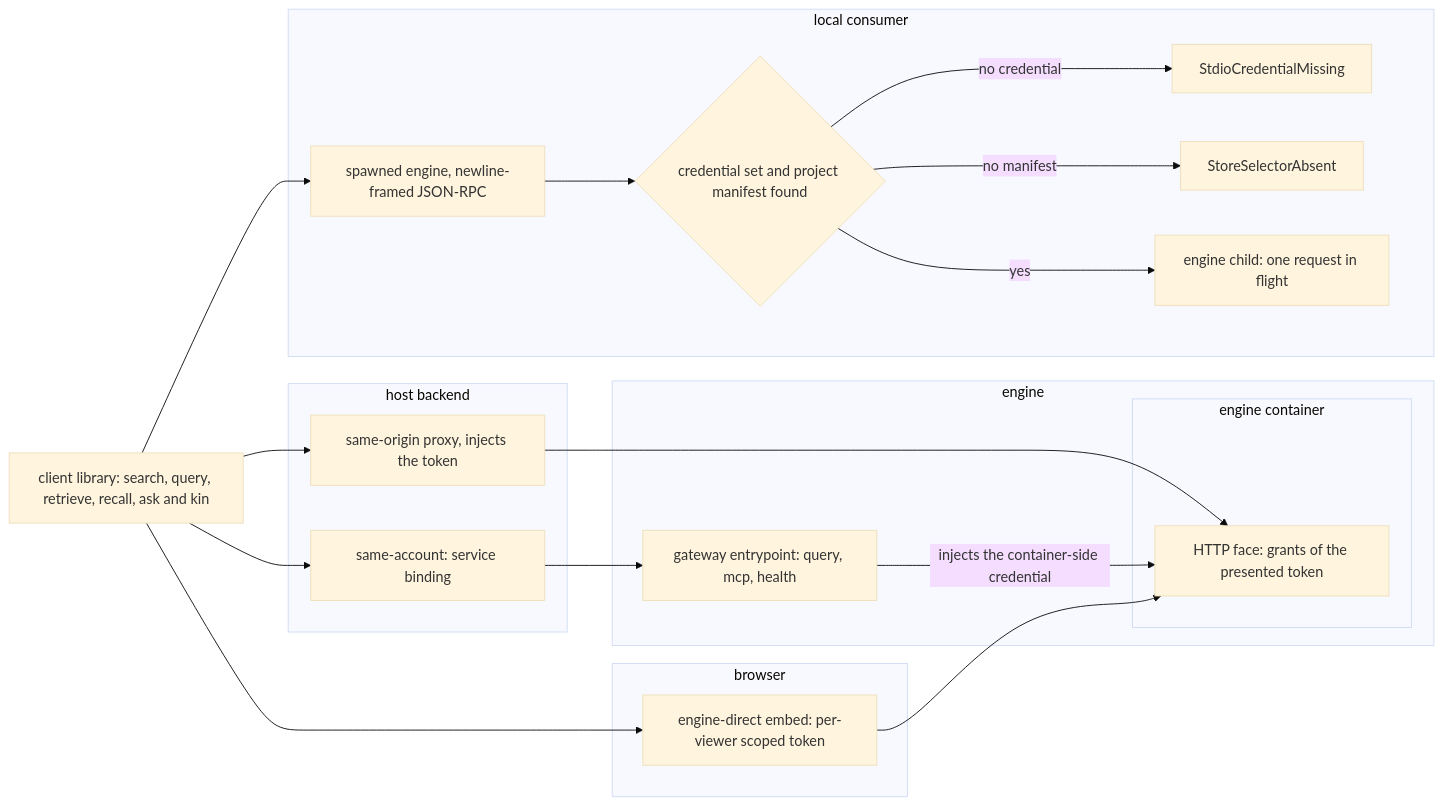
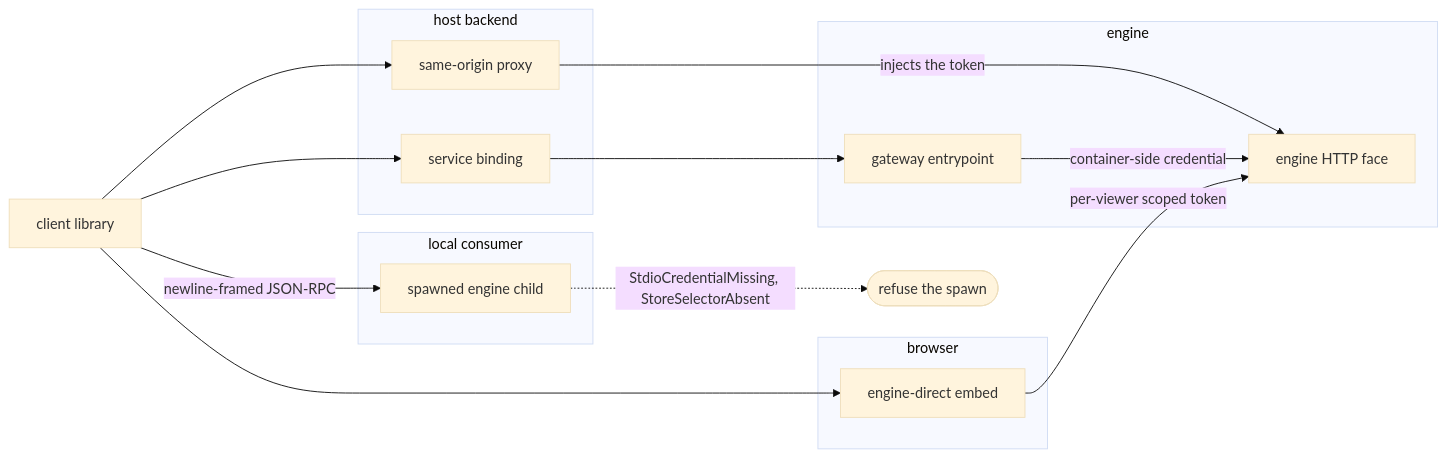
The second of 5 diagrams in spec/71-console.md (fractalboxdev/contextful), drawn with Mermaid (base theme) before and after one commit. The commit also changed other lines of this file and 24 other files, not shown here.

First line of the commit message:
spec: every flowchart draws one entity or process per node

````diff
--- a/spec/71-console.md
+++ b/spec/71-console.md
@@ -99,36 +99,27 @@
 ```mermaid
 flowchart LR
-  LIB["client library: search, query, retrieve, recall, ask and kin"]
+  LIB["client library"]
   subgraph host["host backend"]
-    S1["same-origin proxy, injects the token"]
-    S2["same-account: service binding"]
+    S1["same-origin proxy"]
+    S2["service binding"]
   end
   subgraph browser["browser"]
-    S3["engine-direct embed: per-viewer scoped token"]
+    S3["engine-direct embed"]
   end
   subgraph local["local consumer"]
-    S4["spawned engine, newline-framed JSON-RPC"]
-    CK{"credential set and project manifest found"}
-    E1["StdioCredentialMissing"]
-    E2["StoreSelectorAbsent"]
-    CHILD["engine child: one request in flight"]
+    S4["spawned engine child"]
   end
   subgraph engine["engine"]
-    GW["gateway entrypoint: query, mcp, health"]
-    subgraph container["engine container"]
-      ENG["HTTP face: grants of the presented token"]
-    end
+    GW["gateway entrypoint"]
+    ENG["engine HTTP face"]
   end
   LIB --> S1
   LIB --> S2
   LIB --> S3
-  LIB --> S4
-  S1 --> ENG
+  LIB -- "newline-framed JSON-RPC" --> S4
+  S1 -- "injects the token" --> ENG
   S2 --> GW
-  GW -- "injects the container-side credential" --> ENG
-  S3 --> ENG
-  S4 --> CK
-  CK -- "no credential" --> E1
-  CK -- "no manifest" --> E2
-  CK -- "yes" --> CHILD
+  GW -- "container-side credential" --> ENG
+  S3 -- "per-viewer scoped token" --> ENG
+  S4 -. "StdioCredentialMissing, StoreSelectorAbsent" .-> REF(["refuse the spawn"])
 ```
````
